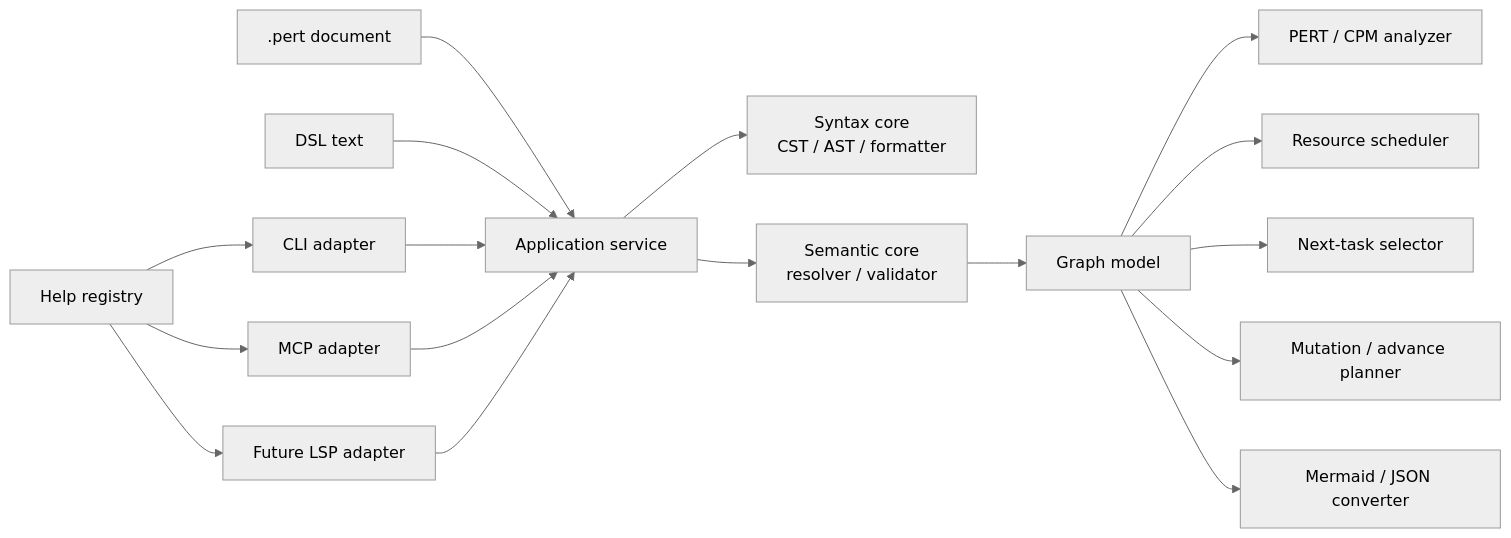
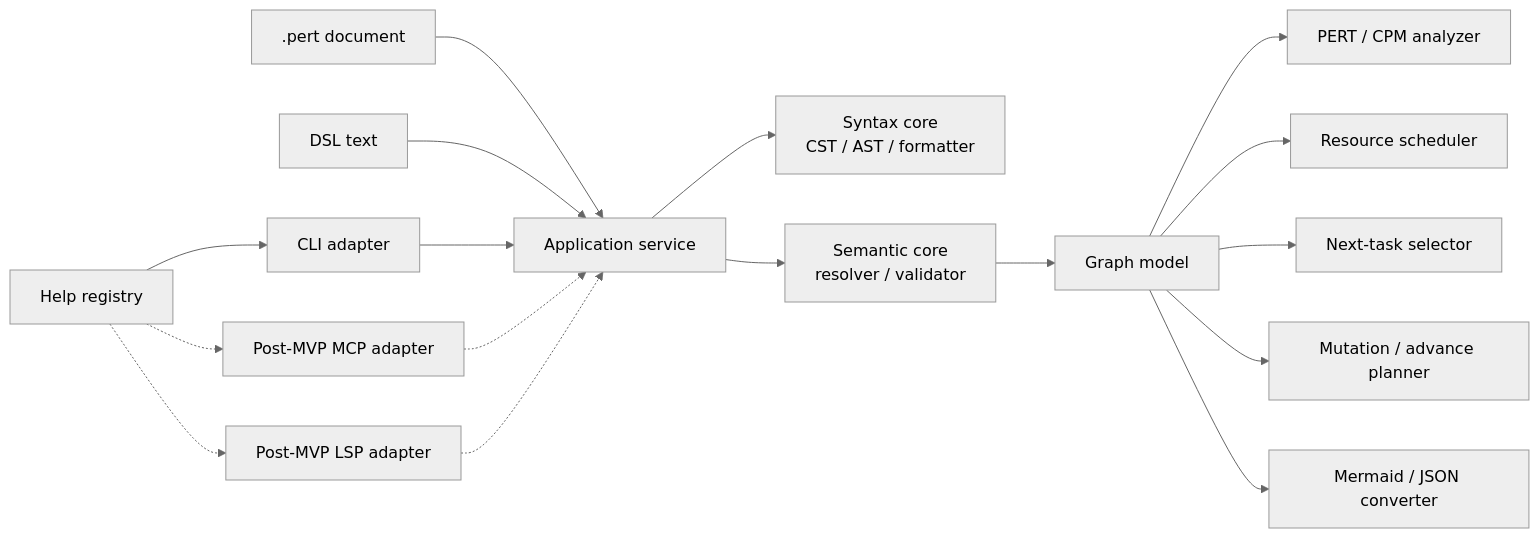
Before and after one commit to mako10k/perttool: the diagram in docs/basic-design.md, drawn with Mermaid (neutral theme). The commit also changed other lines of this file and 7 other files, not shown here.

````diff
--- a/docs/basic-design.md
+++ b/docs/basic-design.md
@@ -51,22 +52,22 @@
 ```mermaid
 flowchart LR
   FILE[.pert document] --> APP[Application service]
   TEXT[DSL text] --> APP
 
   APP --> SYNTAX[Syntax core<br/>CST / AST / formatter]
   APP --> SEMANTIC[Semantic core<br/>resolver / validator]
   SEMANTIC --> GRAPH[Graph model]
   GRAPH --> ANALYZER[PERT / CPM analyzer]
   GRAPH --> SCHEDULER[Resource scheduler]
   GRAPH --> NEXT[Next-task selector]
   GRAPH --> TRANSFORM[Mutation / advance planner]
   GRAPH --> CONVERTER[Mermaid / JSON converter]
 
   CLI[CLI adapter] --> APP
-  MCP[MCP adapter] --> APP
-  LSP[Future LSP adapter] --> APP
+  MCP[Post-MVP MCP adapter] -.-> APP
+  LSP[Post-MVP LSP adapter] -.-> APP
 
   HELP[Help registry] --> CLI
-  HELP --> MCP
-  HELP --> LSP
+  HELP -.-> MCP
+  HELP -.-> LSP
 ```
````
